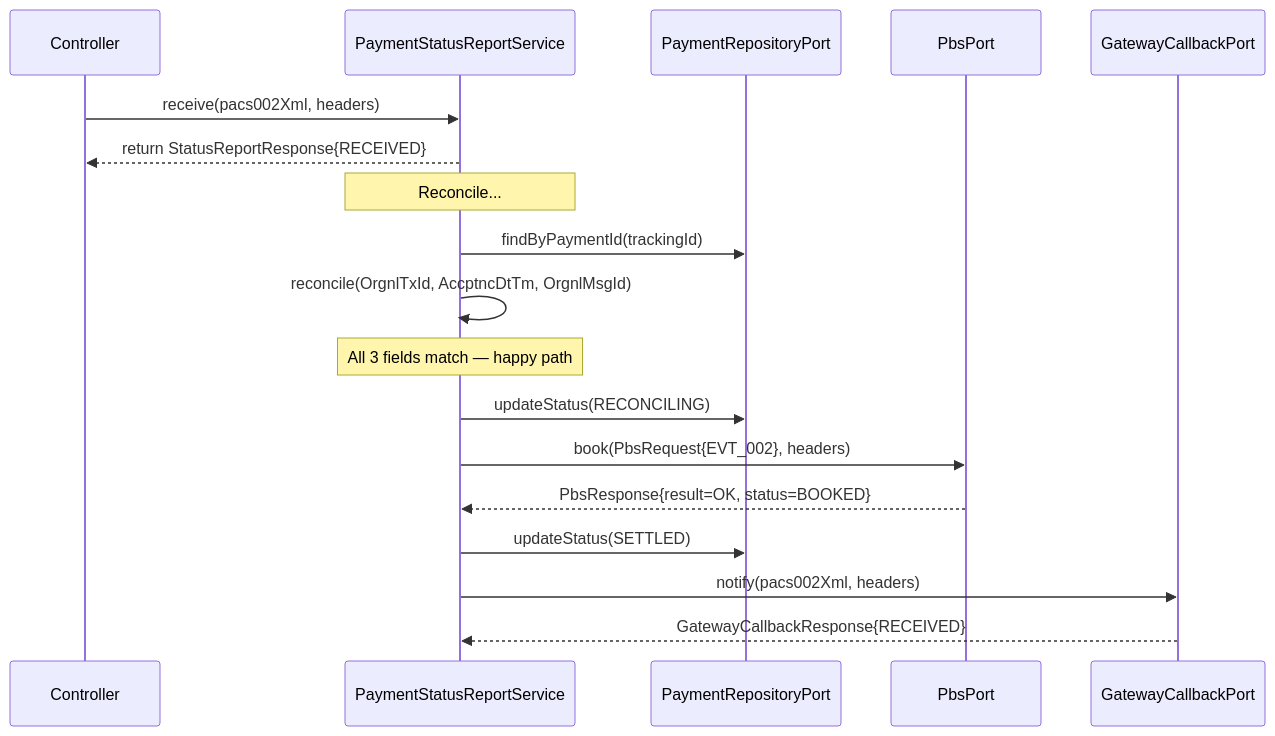
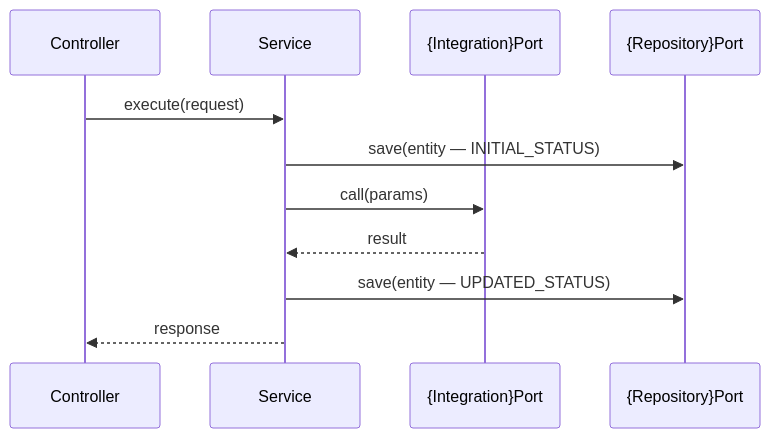
One commit to Sunil1983us/sddflow changed the second of 2 diagrams in packs-v2/sdd-backend-service/.specify/templates/lld-template.md. Above: the diagram before and after it, drawn with Mermaid. The commit also changed other lines of this file and 128 other files, not shown here.

````diff
--- a/packs-v2/sdd-backend-service/.specify/templates/lld-template.md
+++ b/packs-v2/sdd-backend-service/.specify/templates/lld-template.md
@@ -190,24 +71,14 @@
 ```mermaid
 sequenceDiagram
     participant C as Controller
-    participant S as PaymentStatusReportService
-    participant R as PaymentRepositoryPort
-    participant P as PbsPort
-    participant G as GatewayCallbackPort
+    participant S as Service
+    participant P as {Integration}Port
+    participant R as {Repository}Port
 
-    C->>S: receive(pacs002Xml, headers)
-    S-->>C: return StatusReportResponse{RECEIVED}
-
-    Note over S: Reconcile...
-    S->>R: findByPaymentId(trackingId)
-    S->>S: reconcile(OrgnlTxId, AccptncDtTm, OrgnlMsgId)
-    Note over S: All 3 fields match — happy path
-
-    S->>R: updateStatus(RECONCILING)
-    S->>P: book(PbsRequest{EVT_002}, headers)
-    P-->>S: PbsResponse{result=OK, status=BOOKED}
-
-    S->>R: updateStatus(SETTLED)
-    S->>G: notify(pacs002Xml, headers)
-    G-->>S: GatewayCallbackResponse{RECEIVED}
+    C->>S: execute(request)
+    S->>R: save(entity — INITIAL_STATUS)
+    S->>P: call(params)
+    P-->>S: result
+    S->>R: save(entity — UPDATED_STATUS)
+    S-->>C: response
 ```
````
